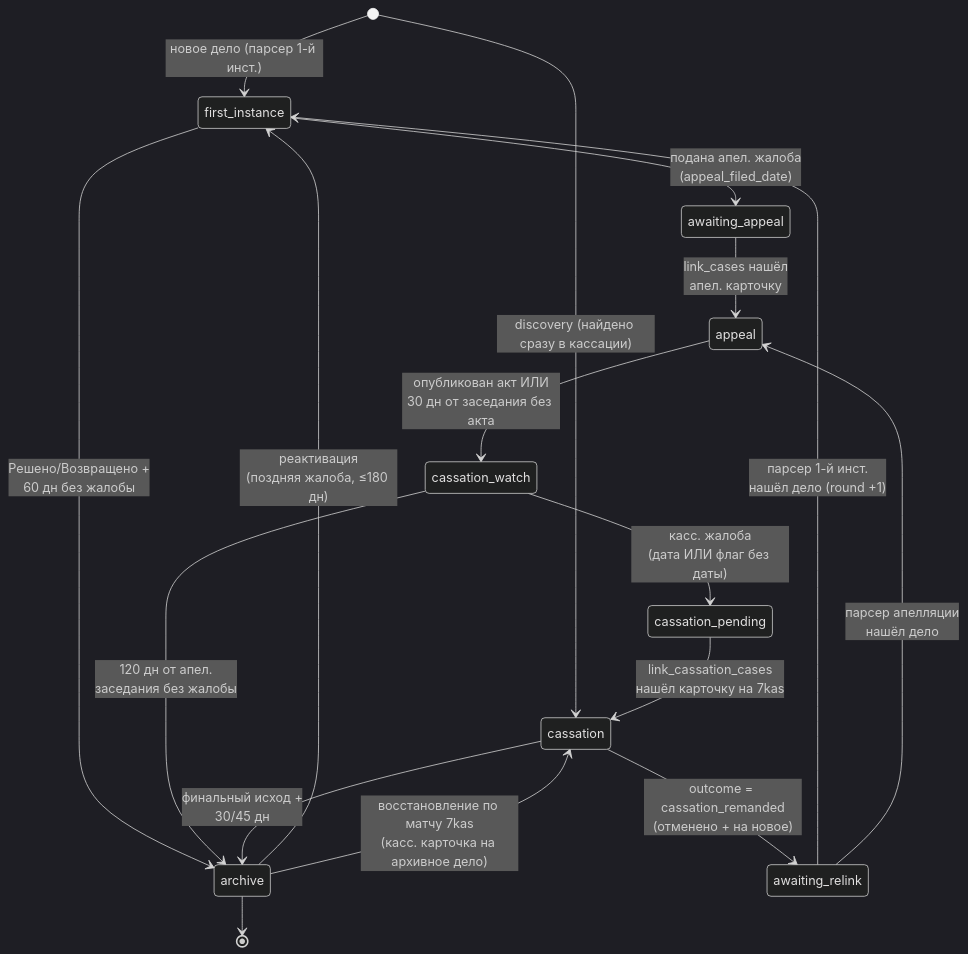
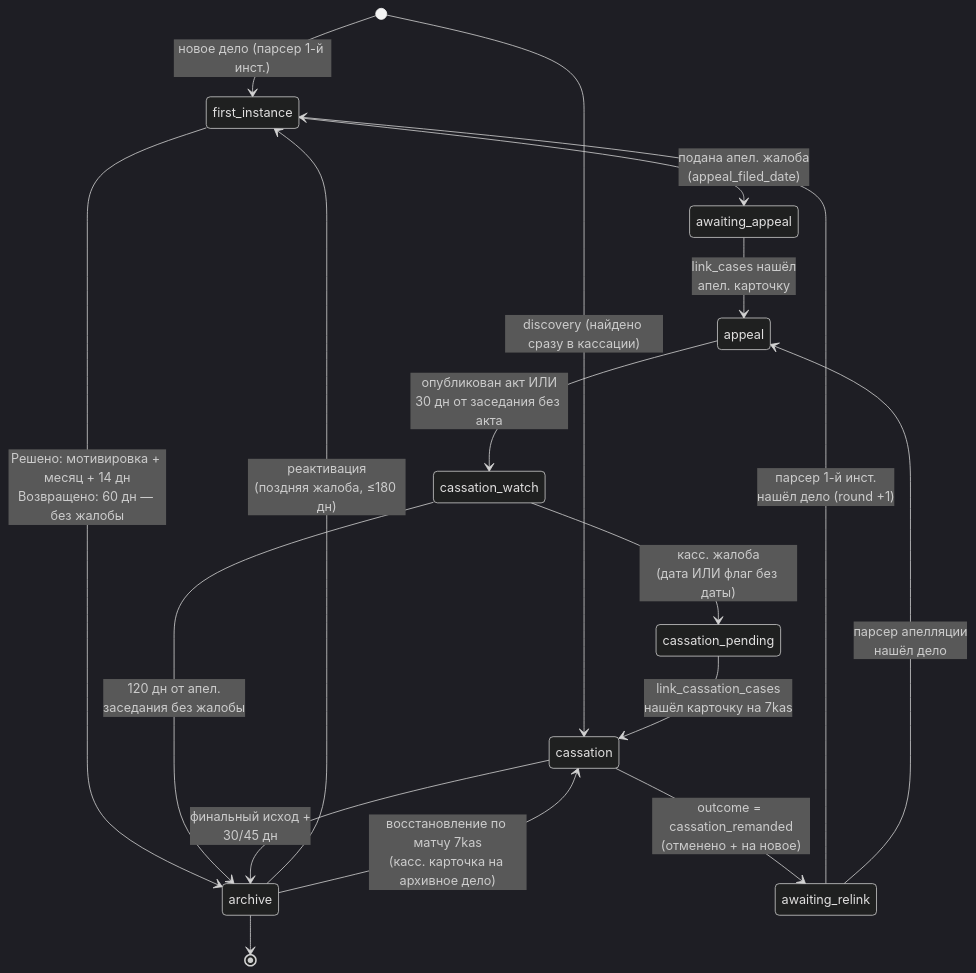
Before and after one commit to SelivanovAS/dashboard: the diagram in docs/technical/03-жизненный-цикл-дела.md, drawn with Mermaid (dark theme). The commit also changed other lines of this file and 15 other files, not shown here.

````diff
--- a/docs/technical/03-жизненный-цикл-дела.md
+++ b/docs/technical/03-жизненный-цикл-дела.md
@@ -52,28 +52,28 @@
 ```mermaid
 stateDiagram-v2
     [*] --> first_instance: новое дело (парсер 1-й инст.)
     [*] --> cassation: discovery (найдено сразу в кассации)
 
     first_instance --> awaiting_appeal: подана апел. жалоба<br/>(appeal_filed_date)
-    first_instance --> archive: Решено/Возвращено +<br/>60 дн без жалобы
+    first_instance --> archive: Решено: мотивировка + месяц + 14 дн<br/>Возвращено: 60 дн — без жалобы
 
     awaiting_appeal --> appeal: link_cases нашёл<br/>апел. карточку
 
     appeal --> cassation_watch: опубликован акт ИЛИ<br/>30 дн от заседания без акта
 
     cassation_watch --> cassation_pending: касс. жалоба<br/>(дата ИЛИ флаг без даты)
     cassation_watch --> archive: 120 дн от апел.<br/>заседания без жалобы
 
     cassation_pending --> cassation: link_cassation_cases<br/>нашёл карточку на 7kas
 
     cassation --> awaiting_relink: outcome = cassation_remanded<br/>(отменено + на новое)
     cassation --> archive: финальный исход +<br/>30/45 дн
 
     awaiting_relink --> first_instance: парсер 1-й инст.<br/>нашёл дело (round +1)
     awaiting_relink --> appeal: парсер апелляции<br/>нашёл дело
 
     archive --> first_instance: реактивация<br/>(поздняя жалоба, ≤180 дн)
     archive --> cassation: восстановление по матчу 7kas<br/>(касс. карточка на архивное дело)
 
     archive --> [*]
 ```
````
